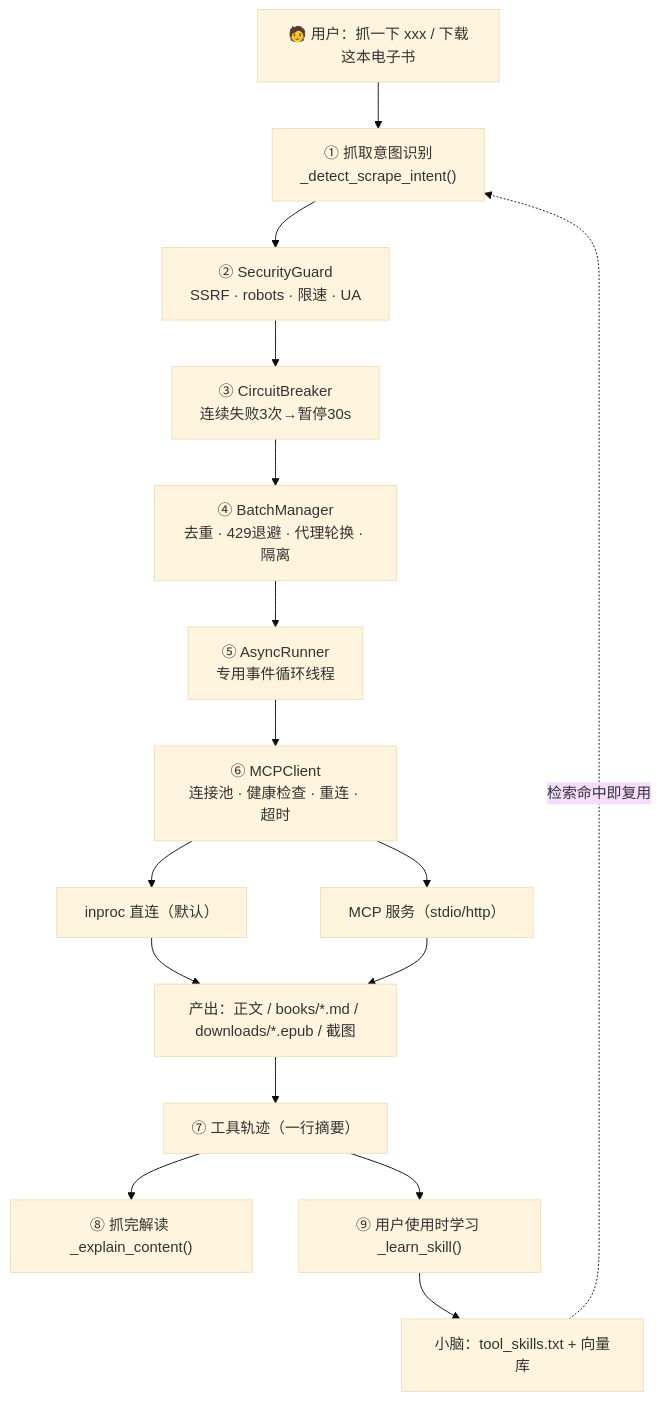
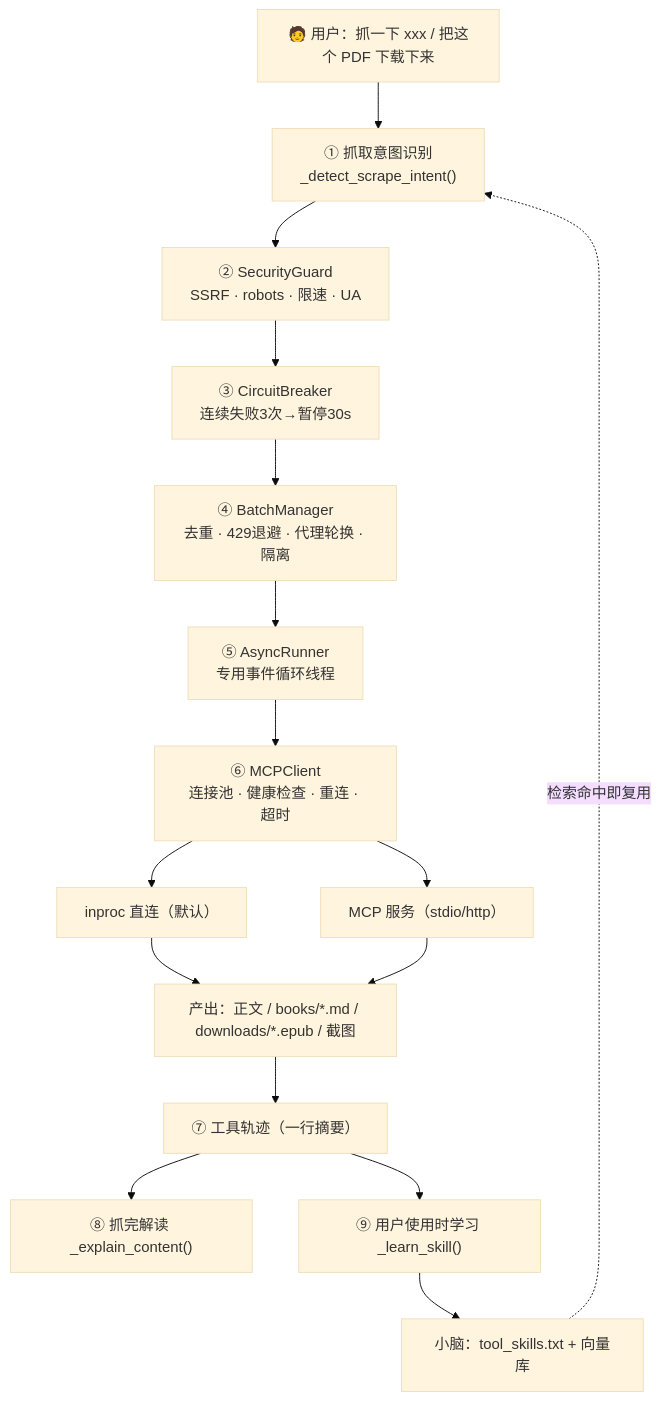
Before and after one commit to jiangchuangege/xiaojiao-harness: the first of 2 diagrams in docs/scrapling.md, drawn with Mermaid (base theme). The commit also changed other lines of this file and 4 other files, not shown here.

````diff
--- a/docs/scrapling.md
+++ b/docs/scrapling.md
@@ -119,18 +120,18 @@
 ```mermaid
 flowchart TB
-    Q["🧑 用户：抓一下 xxx / 下载这本电子书"] --> DI["① 抓取意图识别<br/>_detect_scrape_intent()"]
+    Q["🧑 用户：抓一下 xxx / 把这个 PDF 下载下来"] --> DI["① 抓取意图识别<br/>_detect_scrape_intent()"]
     DI --> SEC["② SecurityGuard<br/>SSRF · robots · 限速 · UA"]
     SEC --> CB["③ CircuitBreaker<br/>连续失败3次→暂停30s"]
     CB --> BM["④ BatchManager<br/>去重 · 429退避 · 代理轮换 · 隔离"]
     BM --> AR["⑤ AsyncRunner<br/>专用事件循环线程"]
     AR --> MC["⑥ MCPClient<br/>连接池 · 健康检查 · 重连 · 超时"]
     MC --> IP["inproc 直连（默认）"]
     MC --> MP["MCP 服务（stdio/http）"]
     IP --> OUT["产出：正文 / books/*.md / downloads/*.epub / 截图"]
     MP --> OUT
     OUT --> TR["⑦ 工具轨迹（一行摘要）"]
     TR --> EX["⑧ 抓完解读 _explain_content()"]
     TR --> LE["⑨ 用户使用时学习 _learn_skill()"]
     LE --> VEC["小脑：tool_skills.txt + 向量库"]
     VEC -. 检索命中即复用 .-> DI
 ```
````
